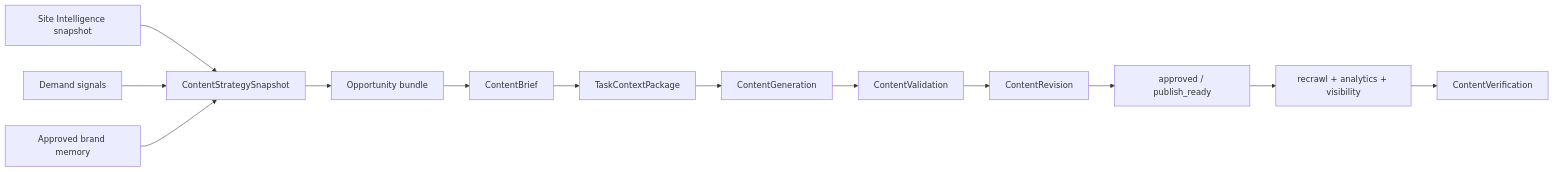
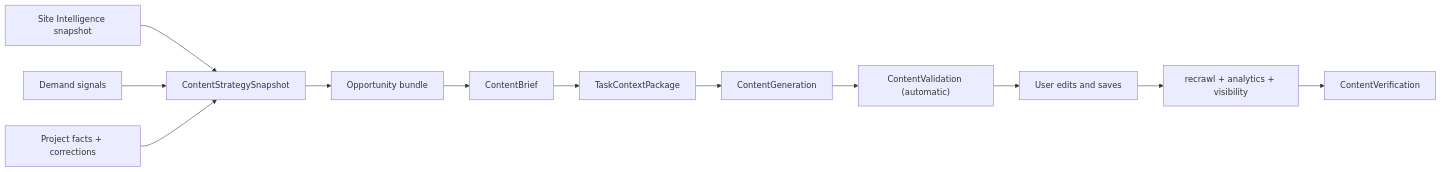
The diagram in docs/plans/content-intelligence.md (Cube-27/Citeladder), drawn with Mermaid before and after one commit. The commit also changed other lines of this file and 49 other files, not shown here.

First line of the commit message:
docs: simplify architecture to four layers and two user decisions

````diff
--- a/docs/plans/content-intelligence.md
+++ b/docs/plans/content-intelligence.md
@@ -59,15 +61,14 @@
 ```mermaid
 flowchart LR
   Site["Site Intelligence snapshot"] --> Strategy["ContentStrategySnapshot"]
   Demand["Demand signals"] --> Strategy
-  Memory["Approved brand memory"] --> Strategy
+  Facts["Project facts + corrections"] --> Strategy
   Strategy --> Action["Opportunity bundle"]
   Action --> Brief["ContentBrief"]
   Brief --> Context["TaskContextPackage"]
   Context --> Generate["ContentGeneration"]
-  Generate --> Validate["ContentValidation"]
-  Validate --> Revision["ContentRevision"]
-  Revision --> Approval["approved / publish_ready"]
-  Approval --> Observe["recrawl + analytics + visibility"]
+  Generate --> Validate["ContentValidation (automatic)"]
+  Validate --> Edit["User edits and saves"]
+  Edit --> Observe["recrawl + analytics + visibility"]
   Observe --> Verify["ContentVerification"]
 ```
````
